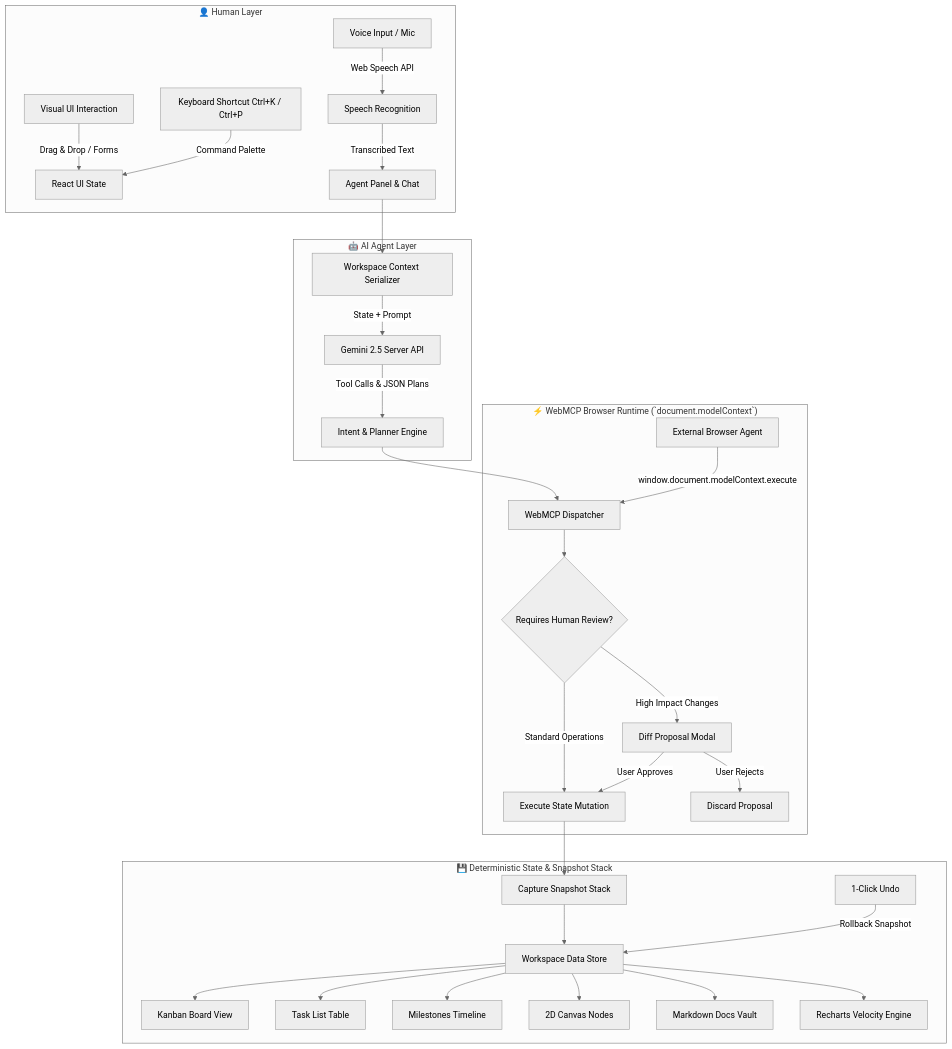
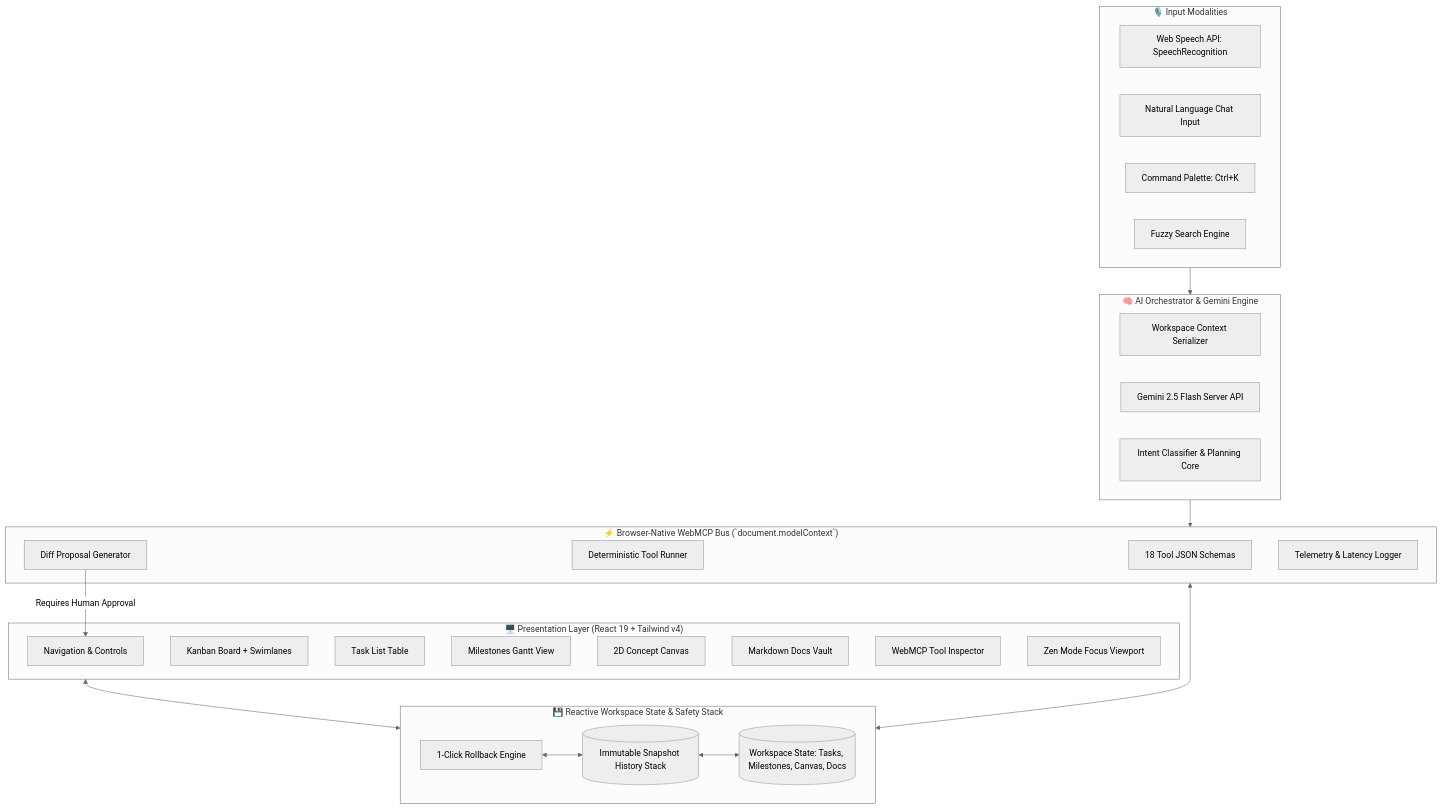
The second of 5 diagrams in README.md (Aluro7in/Forge-Ai), drawn with Mermaid (neutral theme) before and after one commit. The commit also changed other lines of this file, not shown here.

````diff
--- a/README.md
+++ b/README.md
@@ -107,37 +173,47 @@
 ```mermaid
-flowchart TD
-    subgraph HumanLayer ["👤 Human Layer"]
-        A[Voice Input / Mic] -->|Web Speech API| B[Speech Recognition]
-        C[Visual UI Interaction] -->|Drag & Drop / Forms| D[React UI State]
-        E[Keyboard Shortcut Ctrl+K / Ctrl+P] -->|Command Palette| D
-        B -->|Transcribed Text| F[Agent Panel & Chat]
+flowchart TB
+    subgraph UserInterface ["🖥️ Presentation Layer (React 19 + Tailwind v4)"]
+        UI_Nav[Navigation & Controls]
+        UI_KB[Kanban Board + Swimlanes]
+        UI_TL[Task List Table]
+        UI_MS[Milestones Gantt View]
+        UI_CV[2D Concept Canvas]
+        UI_DOC[Markdown Docs Vault]
+        UI_INS[WebMCP Tool Inspector]
+        UI_ZEN[Zen Mode Focus Viewport]
     end
 
-    subgraph AgentLayer ["🤖 AI Agent Layer"]
-        F --> G[Workspace Context Serializer]
-        G -->|State + Prompt| H[Gemini 2.5 Server API]
-        H -->|Tool Calls & JSON Plans| I[Intent & Planner Engine]
+    subgraph InputModality ["🎙️ Input Modalities"]
+        IN_Voice[Web Speech API: SpeechRecognition]
+        IN_Chat[Natural Language Chat Input]
+        IN_Shortcuts[Command Palette: Ctrl+K]
+        IN_Fuzzy[Fuzzy Search Engine]
     end
 
-    subgraph WebMCPLayer ["⚡ WebMCP Browser Runtime (`document.modelContext`)"]
-        I --> J[WebMCP Dispatcher]
-        K[External Browser Agent] -->|window.document.modelContext.execute| J
-        J --> L{Requires Human Review?}
-        L -->|High Impact Changes| M[Diff Proposal Modal]
-        L -->|Standard Operations| N[Execute State Mutation]
-        M -->|User Approves| N
-        M -->|User Rejects| O[Discard Proposal]
+    subgraph AIOrchestration ["🧠 AI Orchestrator & Gemini Engine"]
+        CTX_Gen[Workspace Context Serializer]
+        GEMINI[Gemini 2.5 Flash Server API]
+        INTENT[Intent Classifier & Planning Core]
     end
 
-    subgraph StateLayer ["💾 Deterministic State & Snapshot Stack"]
-        N --> P[Capture Snapshot Stack]
-        P --> Q[Workspace Data Store]
-        Q --> R1[Kanban Board View]
-        Q --> R2[Task List Table]
-        Q --> R3[Milestones Timeline]
-        Q --> R4[2D Canvas Nodes]
-        Q --> R5[Markdown Docs Vault]
-        Q --> R6[Recharts Velocity Engine]
-        S[1-Click Undo] -->|Rollback Snapshot| Q
+    subgraph WebMCPProtocol ["⚡ Browser-Native WebMCP Bus (`document.modelContext`)"]
+        MCP_Reg[18 Tool JSON Schemas]
+        MCP_Exec[Deterministic Tool Runner]
+        MCP_Diff[Diff Proposal Generator]
+        MCP_Audit[Telemetry & Latency Logger]
     end
+
+    subgraph DataStore ["💾 Reactive Workspace State & Safety Stack"]
+        STORE[(Workspace State: Tasks, Milestones, Canvas, Docs)]
+        SNAP[(Immutable Snapshot History Stack)]
+        UNDO[1-Click Rollback Engine]
+    end
+
+    InputModality --> AIOrchestration
+    AIOrchestration --> WebMCPProtocol
+    UserInterface <--> DataStore
+    WebMCPProtocol <--> DataStore
+    MCP_Diff -->|Requires Human Approval| UI_Nav
+    UNDO <--> SNAP
+    SNAP <--> STORE
 ```
````
